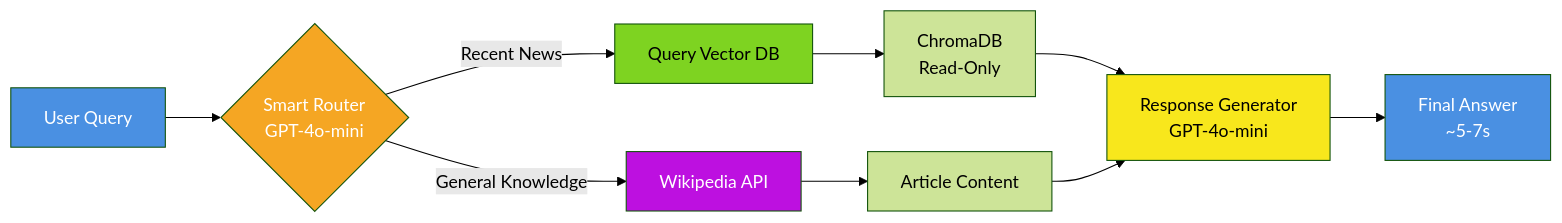
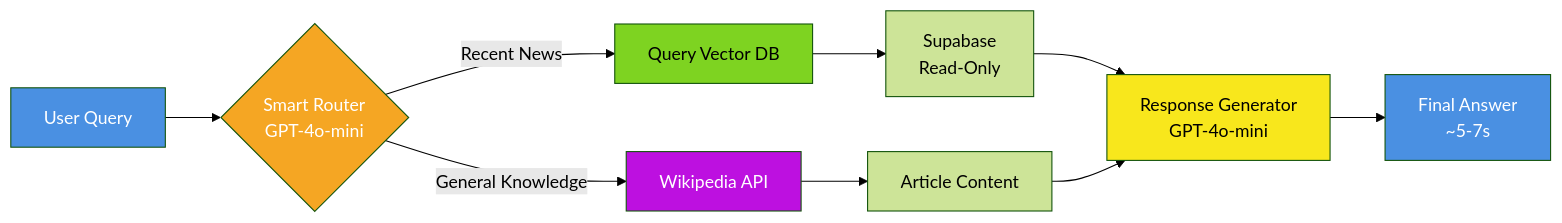
Before and after one commit to kensuke0529/AI-News-Analyst: the second of 2 diagrams in README.md, drawn with Mermaid (forest theme). The commit also changed other lines of this file and 14 other files, not shown here.

````diff
--- a/README.md
+++ b/README.md
@@ -98,22 +98,22 @@
 ```mermaid
 graph LR
     A[User Query] --> B{Smart Router<br/>GPT-4o-mini}
     
     B -->|Recent News| C[Query Vector DB]
     B -->|General Knowledge| D[Wikipedia API]
     
-    C --> E[ChromaDB<br/>Read-Only]
+    C --> E[Supabase<br/>Read-Only]
     D --> F[Article Content]
     
     E --> G[Response Generator<br/>GPT-4o-mini]
     F --> G
     
     G --> H[Final Answer<br/>~5-7s]
     
     style A fill:#4A90E2,color:#fff
     style B fill:#F5A623,color:#fff
     style C fill:#7ED321
     style D fill:#BD10E0,color:#fff
     style G fill:#F8E71C
     style H fill:#4A90E2,color:#fff
 ```
````
